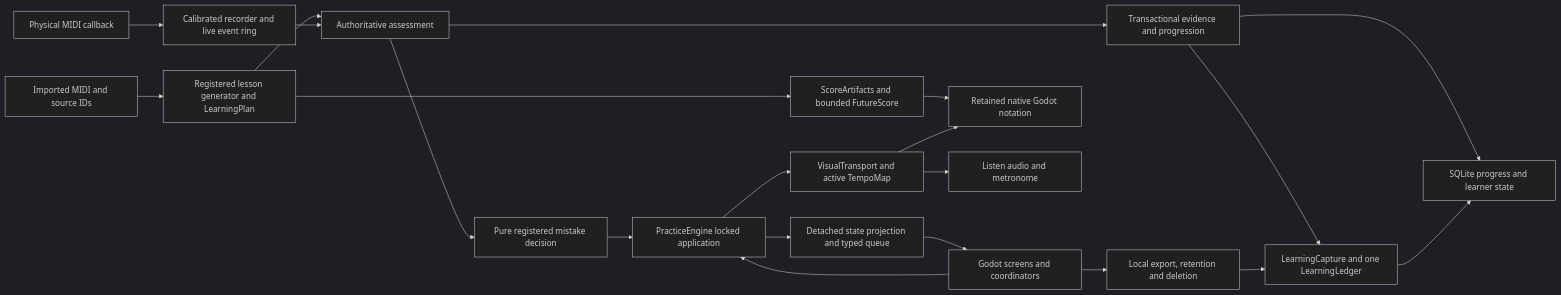
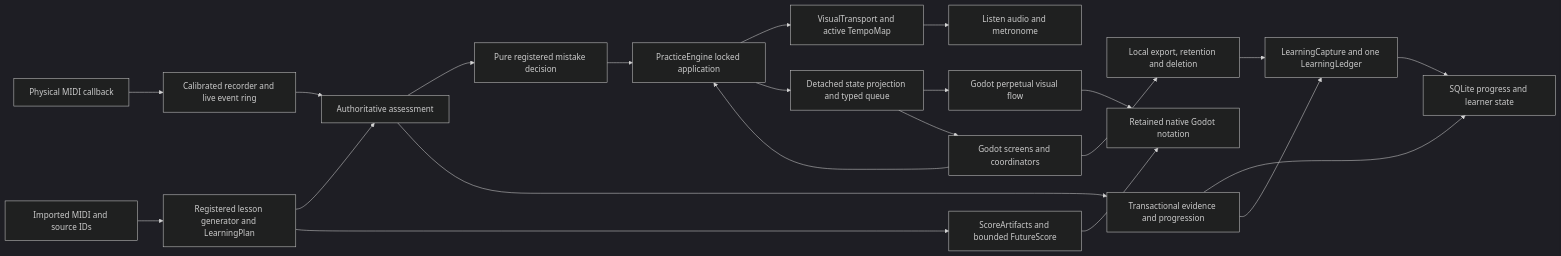
Before and after one commit to tpepels/piano_teacher: the diagram in docs/architecture/system.md, drawn with Mermaid (dark theme). The commit also changed other lines of this file and 1 other file, not shown here.

Commit message:
Document perpetual practice flow, GPU rendering and current Phase 6 acceptance limits

````diff
--- a/docs/architecture/system.md
+++ b/docs/architecture/system.md
@@ -18,23 +18,24 @@
 ```mermaid
 flowchart LR
     MIDI[Physical MIDI callback] --> Capture[Calibrated recorder and live event ring]
     Source[Imported MIDI and source IDs] --> Plan[Registered lesson generator and LearningPlan]
     Plan --> Grader[Authoritative assessment]
     Capture --> Grader
     Grader --> Policy[Pure registered mistake decision]
     Policy --> Engine[PracticeEngine locked application]
     Grader --> Commit[Transactional evidence and progression]
     Commit --> DB[SQLite progress and learner state]
     Commit --> Ledger[LearningCapture and one LearningLedger]
     Ledger --> DB
     UI --> Privacy[Local export, retention and deletion]
     Privacy --> Ledger
     Engine --> Clock[VisualTransport and active TempoMap]
     Plan --> Assets[ScoreArtifacts and bounded FutureScore]
     Assets --> Native[Retained native Godot notation]
-    Clock --> Native
     Clock --> Listen[Listen audio and metronome]
+    Snapshot --> Flow[Godot perpetual visual flow]
+    Flow --> Native
     Engine --> Snapshot[Detached state projection and typed queue]
     Snapshot --> UI[Godot screens and coordinators]
     UI --> Engine
 ```
````
